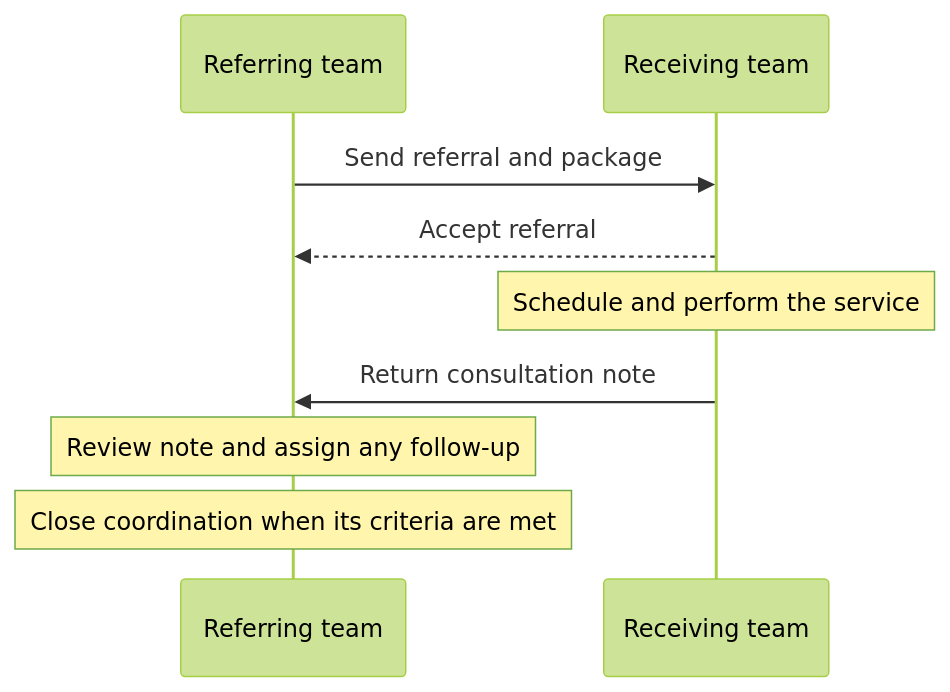
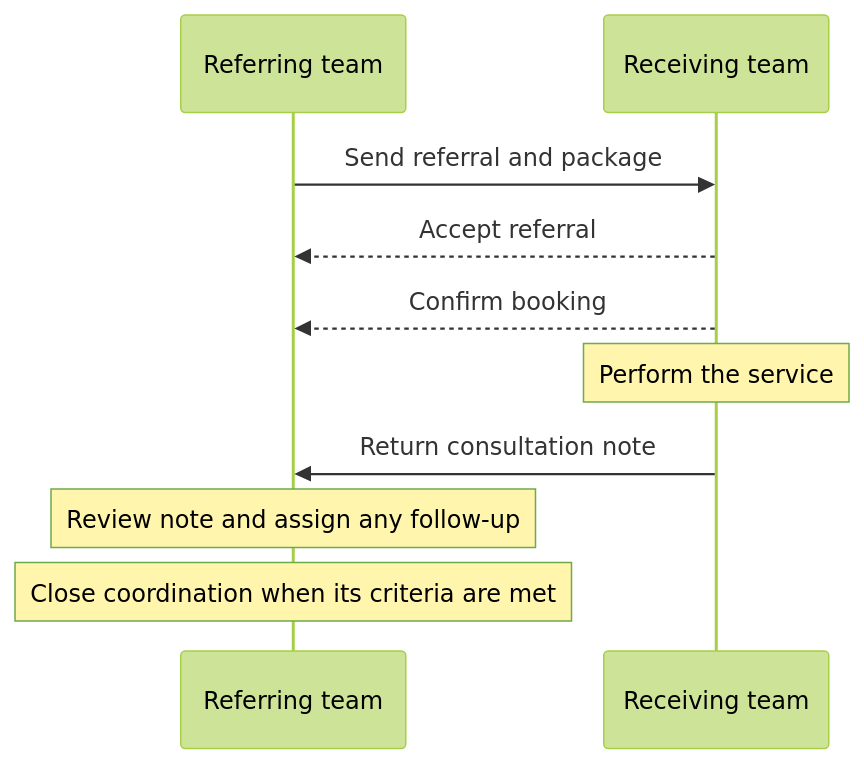
One commit to medplum/medplum changed the diagram in packages/docs/docs/careplans/referrals/results-and-closure.md. Above: the diagram before and after it, drawn with Mermaid (forest theme). The commit also changed other lines of this file and 8 other files, not shown here.

````diff
--- a/packages/docs/docs/careplans/referrals/results-and-closure.md
+++ b/packages/docs/docs/careplans/referrals/results-and-closure.md
@@ -42,11 +42,12 @@
 ```mermaid
 sequenceDiagram
   participant Referring as Referring team
   participant Receiving as Receiving team
   Referring->>Receiving: Send referral and package
   Receiving-->>Referring: Accept referral
-  Note over Receiving: Schedule and perform the service
+  Receiving-->>Referring: Confirm booking
+  Note over Receiving: Perform the service
   Receiving->>Referring: Return consultation note
   Note over Referring: Review note and assign any follow-up
   Note over Referring: Close coordination when its criteria are met
 ```
````
